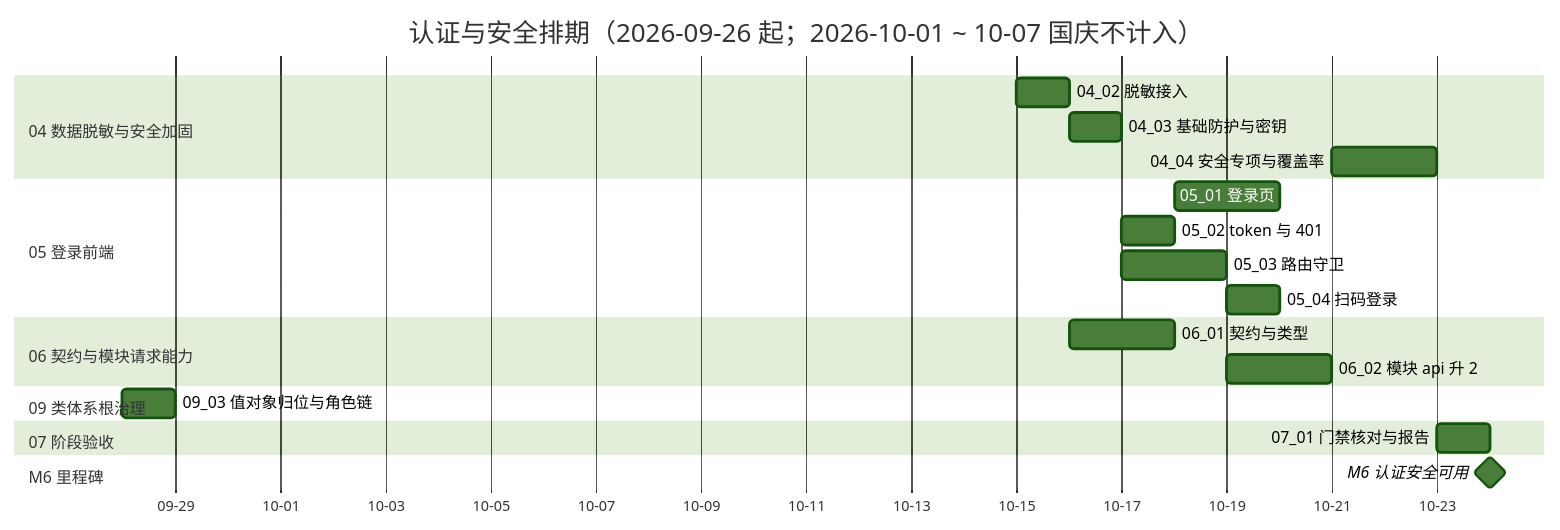
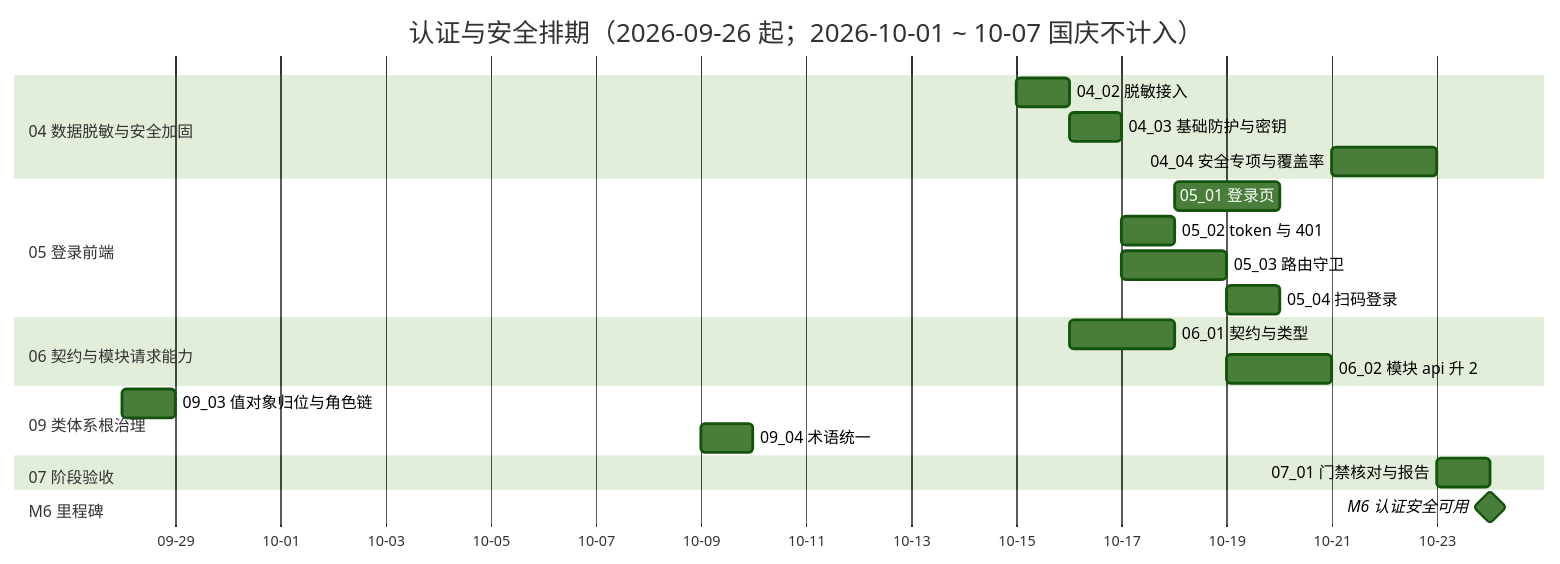
Before and after one commit to minjian123/basic-management-system: the diagram in bms文档/项目/06_认证与安全/计划/01_计划_认证与安全.md, drawn with Mermaid (forest theme). The commit also changed other lines of this file and 7 other files, not shown here.

````diff
--- a/bms文档/项目/06_认证与安全/计划/01_计划_认证与安全.md
+++ b/bms文档/项目/06_认证与安全/计划/01_计划_认证与安全.md
@@ -65,24 +66,25 @@
 ```mermaid
 gantt
     title 认证与安全排期（2026-09-26 起；2026-10-01 ~ 10-07 国庆不计入）
     dateFormat  YYYY-MM-DD
     axisFormat %m-%d
     section 04 数据脱敏与安全加固
     04_02 脱敏接入 :d2, 2026-10-15, 1d
     04_03 基础防护与密钥 :d3, 2026-10-16, 1d
     04_04 安全专项与覆盖率 :d4, 2026-10-21, 2d
     section 05 登录前端
     05_01 登录页 :e1, 2026-10-18, 2d
     05_02 token 与 401 :e2, 2026-10-17, 1d
     05_03 路由守卫 :e3, 2026-10-17, 2d
     05_04 扫码登录 :e4, 2026-10-19, 1d
     section 06 契约与模块请求能力
     06_01 契约与类型 :f1, 2026-10-16, 2d
     06_02 模块 api 升 2 :f2, 2026-10-19, 2d
     section 09 类体系根治理
     09_03 值对象归位与角色链 :h1, 2026-09-28, 1d
+    09_04 术语统一 :h2, 2026-10-09, 1d
     section 07 阶段验收
     07_01 门禁核对与报告 :g1, 2026-10-23, 1d
     section M6 里程碑
     M6 认证安全可用 :milestone, mm6, 2026-10-24, 0d
 ```
````
